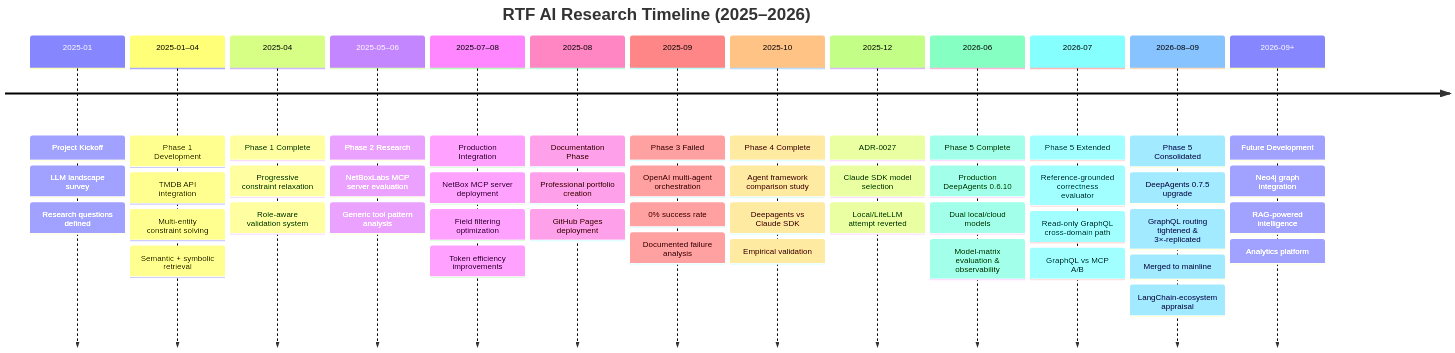
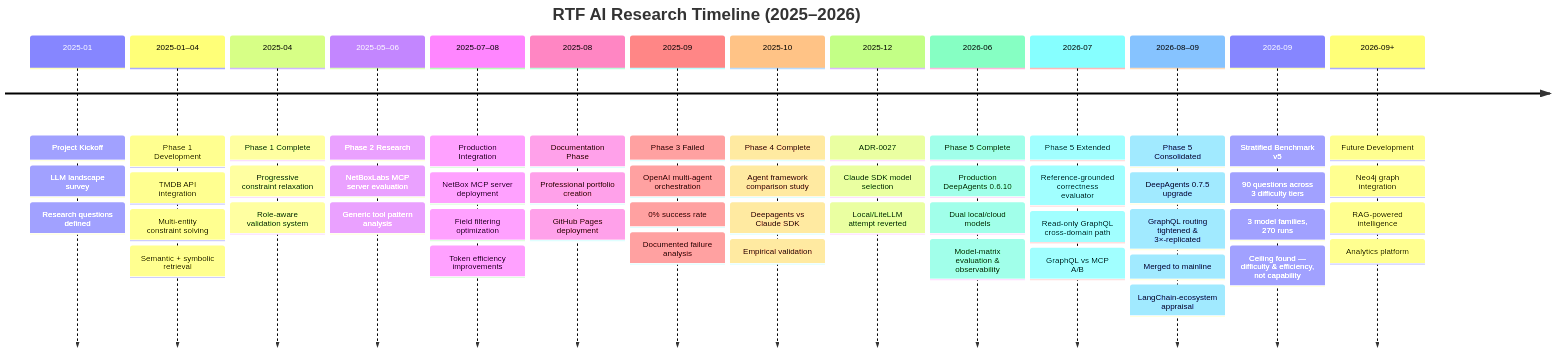
Before and after one commit to FinnMacCumail/rtf-research: the first of 2 diagrams in docs/index.md, drawn with Mermaid. The commit also changed other lines of this file and 6 other files, not shown here.

````diff
--- a/docs/index.md
+++ b/docs/index.md
@@ -34,17 +35,18 @@
 ```mermaid
 timeline
     title RTF AI Research Timeline (2025–2026)
     2025-01 : Project Kickoff : LLM landscape survey : Research questions defined
     2025-01–04 : Phase 1 Development : TMDB API integration : Multi-entity constraint solving : Semantic + symbolic retrieval
     2025-04 : Phase 1 Complete : Progressive constraint relaxation : Role-aware validation system
     2025-05–06 : Phase 2 Research : NetBoxLabs MCP server evaluation : Generic tool pattern analysis
     2025-07–08 : Production Integration : NetBox MCP server deployment : Field filtering optimization : Token efficiency improvements
     2025-08 : Documentation Phase : Professional portfolio creation : GitHub Pages deployment
     2025-09 : Phase 3 Failed : OpenAI multi-agent orchestration : 0% success rate : Documented failure analysis
     2025-10 : Phase 4 Complete : Agent framework comparison study : Deepagents vs Claude SDK : Empirical validation
     2025-12 : ADR-0027 : Claude SDK model selection : Local/LiteLLM attempt reverted
     2026-06 : Phase 5 Complete : Production DeepAgents 0.6.10 : Dual local/cloud models : Model-matrix evaluation & observability
     2026-07 : Phase 5 Extended : Reference-grounded correctness evaluator : Read-only GraphQL cross-domain path : GraphQL vs MCP A/B
     2026-08–09 : Phase 5 Consolidated : DeepAgents 0.7.5 upgrade : GraphQL routing tightened & 3×-replicated : Merged to mainline : LangChain-ecosystem appraisal
+    2026-09 : Stratified Benchmark v5 : 90 questions across 3 difficulty tiers : 3 model families, 270 runs : Ceiling found — difficulty & efficiency, not capability
     2026-09+ : Future Development : Neo4j graph integration : RAG-powered intelligence : Analytics platform
 ```
````
